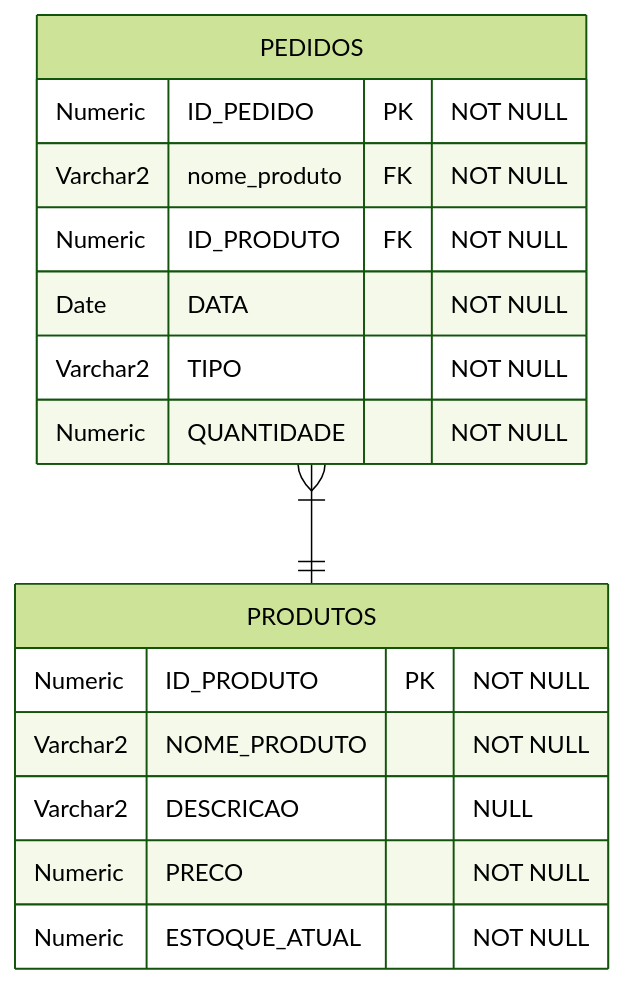
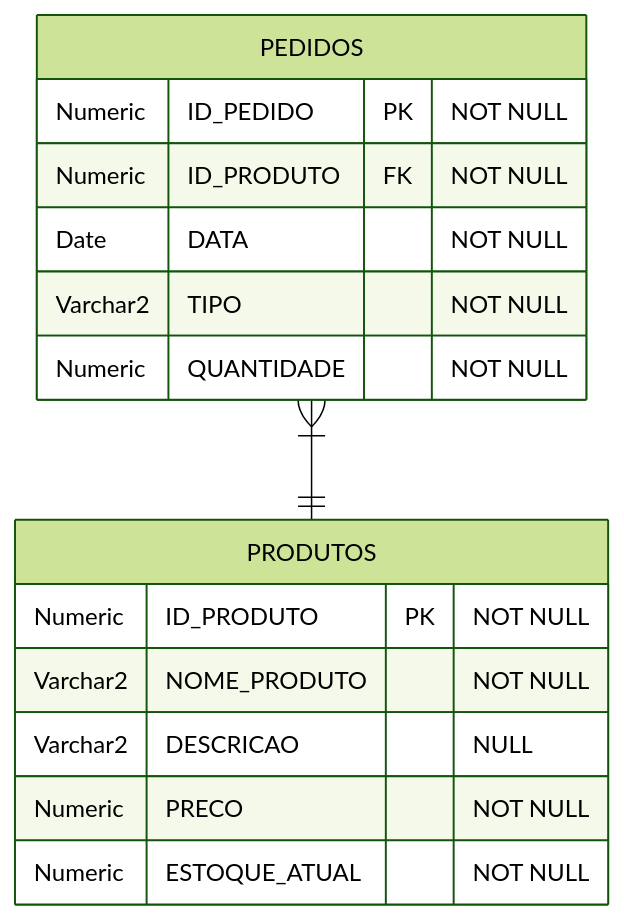
The diagram in Diagrams/erDiagram.mmd (LucasBinda/BD-Controle-de-Estoque), drawn with Mermaid (forest theme) before and after one commit. The commit also changed 1 other file, not shown here.

```diff
--- a/Diagrams/erDiagram.mmd
+++ b/Diagrams/erDiagram.mmd
@@ -1,23 +1,22 @@
 erDiagram
 
 
 PRODUTOS {
 Numeric ID_PRODUTO PK "NOT NULL"
 Varchar2 NOME_PRODUTO "NOT NULL"
 Varchar2 DESCRICAO "NULL"
 Numeric PRECO "NOT NULL"
 Numeric ESTOQUE_ATUAL "NOT NULL"
 }
 
 %% TIPO == ENTRADA OU SAIDA
 PEDIDOS {
 Numeric ID_PEDIDO PK     "NOT NULL"
-Varchar2 nome_produto  FK "NOT NULL"
 Numeric ID_PRODUTO    FK "NOT NULL"
 Date DATA                "NOT NULL"
 Varchar2 TIPO            "NOT NULL"
 Numeric QUANTIDADE       "NOT NULL"
 }
 
 
 PEDIDOS }|--|| PRODUTOS : ""
```
